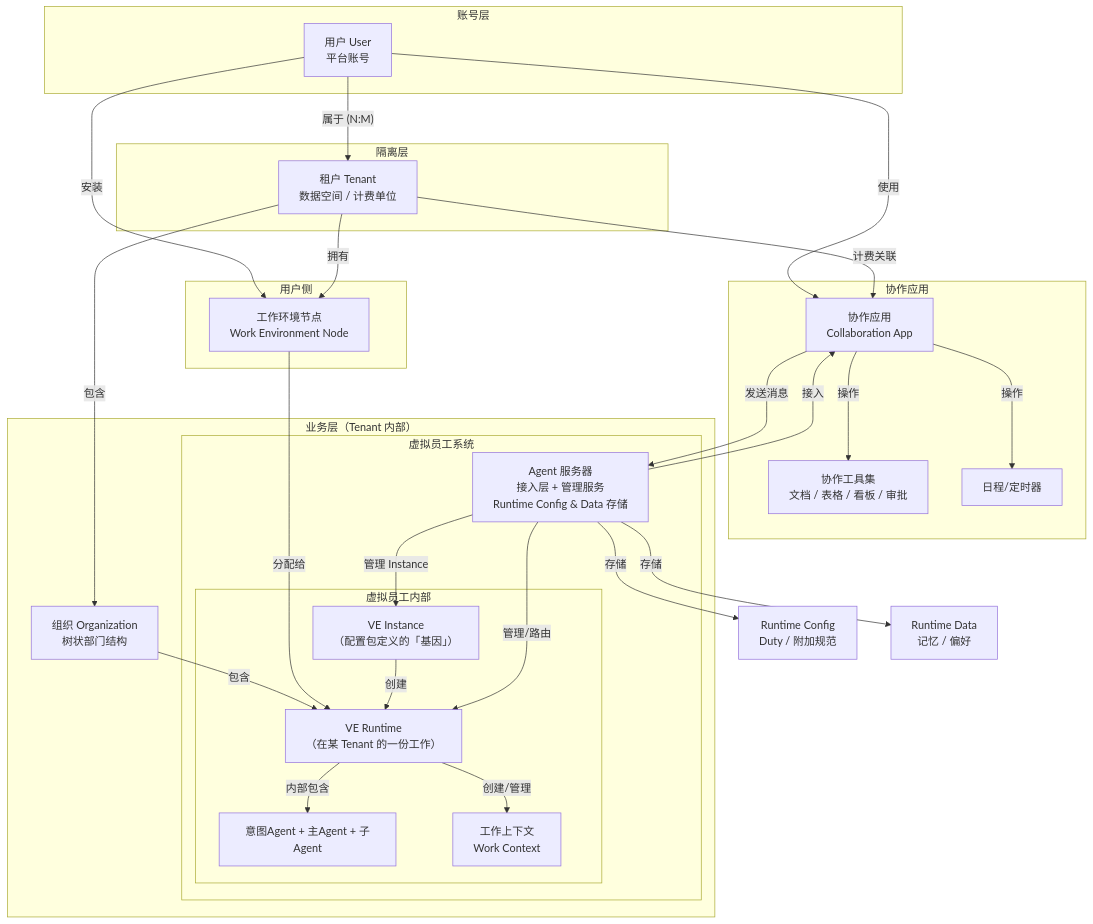
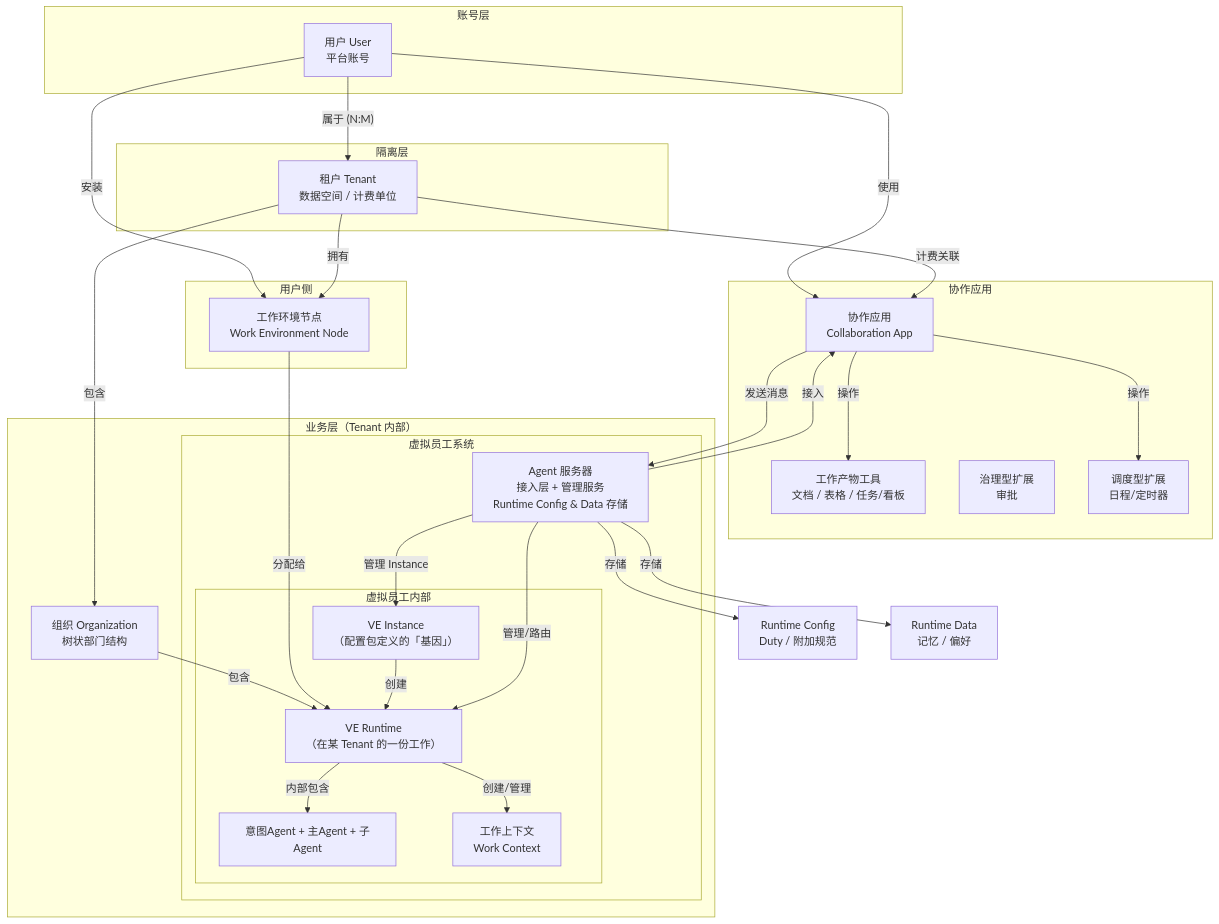
Before and after one commit to chongyi/virtual-team-architecture: the first of 4 diagrams in virtual-team/src/02-core-concepts.md, drawn with Mermaid. The commit also changed 8 other files, not shown here.

````diff
--- a/virtual-team/src/02-core-concepts.md
+++ b/virtual-team/src/02-core-concepts.md
@@ -15,58 +15,59 @@
 ```mermaid
 flowchart TD
     subgraph accountLayer["账号层"]
         user["用户 User<br/>平台账号"]
     end
 
     subgraph isolationLayer["隔离层"]
         tenant["租户 Tenant<br/>数据空间 / 计费单位"]
     end
 
     subgraph userSide["用户侧"]
         wen["工作环境节点<br/>Work Environment Node"]
     end
 
     subgraph collabApp["协作应用"]
         app["协作应用<br/>Collaboration App"]
-        collabTools["协作工具集<br/>文档 / 表格 / 看板 / 审批"]
-        scheduleTool["日程/定时器"]
+        collabTools["工作产物工具<br/>文档 / 表格 / 任务/看板"]
+        approvalTool["治理型扩展<br/>审批"]
+        scheduleTool["调度型扩展<br/>日程/定时器"]
     end
 
     subgraph businessLayer["业务层（Tenant 内部）"]
         org["组织 Organization<br/>树状部门结构"]
         subgraph veSystem["虚拟员工系统"]
             agentSvr["Agent 服务器<br/>接入层 + 管理服务<br/>Runtime Config & Data 存储"]
             subgraph veInternal["虚拟员工内部"]
                 veInstance["VE Instance<br/>（配置包定义的「基因」）"]
                 veRuntime["VE Runtime<br/>（在某 Tenant 的一份工作）"]
                 agents["意图Agent + 主Agent + 子Agent"]
                 wc["工作上下文<br/>Work Context"]
             end
         end
     end
 
     user -->|"属于 (N:M)"| tenant
     user -->|"使用"| app
     user -->|"安装"| wen
 
     tenant -->|"包含"| org
     tenant -->|"拥有"| wen
     tenant -->|"计费关联"| app
 
     app -->|"操作"| collabTools
     app -->|"操作"| scheduleTool
     app -->|"发送消息"| agentSvr
 
     org -->|"包含"| veRuntime
     wen -->|"分配给"| veRuntime
 
     veInstance -->|"创建"| veRuntime
     veRuntime -->|"内部包含"| agents
     veRuntime -->|"创建/管理"| wc
 
     agentSvr -->|"管理/路由"| veRuntime
     agentSvr -->|"管理 Instance"| veInstance
     agentSvr -->|"存储"| rtConfig["Runtime Config<br/>Duty / 附加规范"]
     agentSvr -->|"存储"| rtData["Runtime Data<br/>记忆 / 偏好"]
     agentSvr -->|"接入"| app
 ```
````
